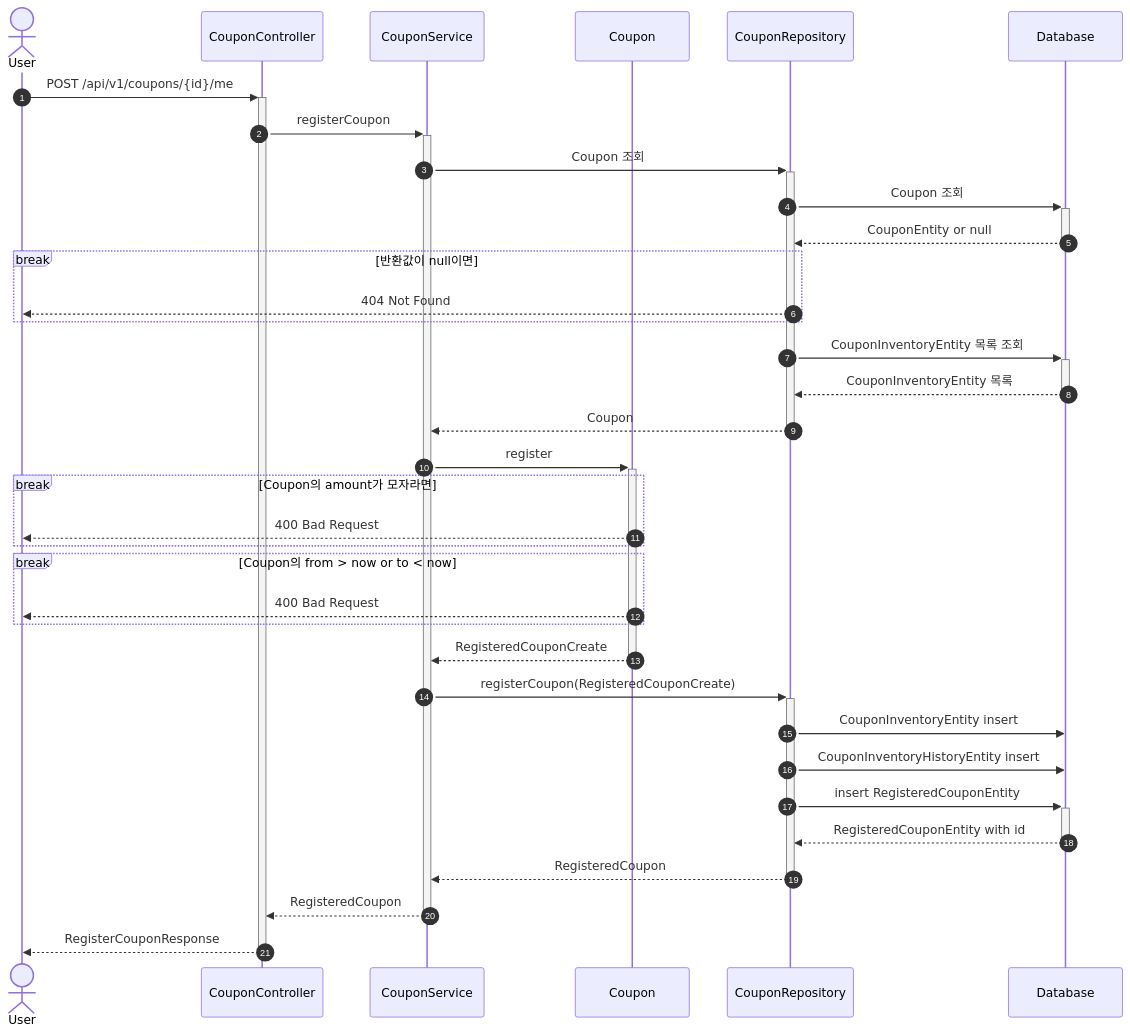
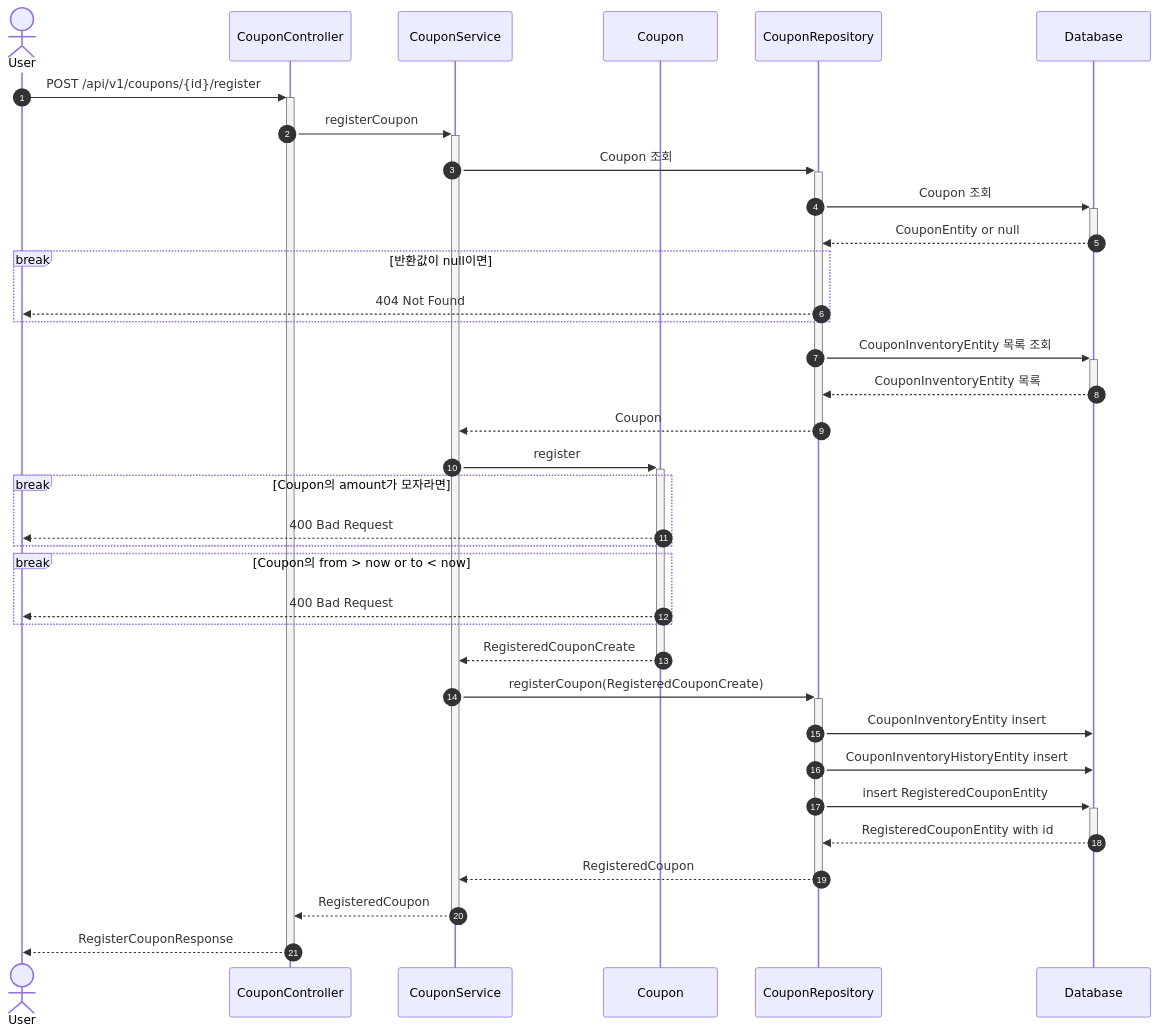
The first of 3 diagrams in docs/sequence/coupon/readme.md (jsween5723/commerce), drawn with Mermaid before and after one commit. The commit also changed other lines of this file and 3 other files, not shown here.

Commit message:
docs(sequence): 각 시퀀스 설명 추가

````diff
--- a/docs/sequence/coupon/readme.md
+++ b/docs/sequence/coupon/readme.md
@@ -9,37 +12,37 @@
 ```mermaid
 sequenceDiagram
     autonumber
     actor User
     participant CouponController
     participant CouponService
     participant Coupon
     participant CouponRepository
     participant Database
-    User ->>+ CouponController: POST /api/v1/coupons/{id}/me
+    User ->>+ CouponController: POST /api/v1/coupons/{id}/register
     CouponController ->>+ CouponService: registerCoupon
     CouponService ->>+ CouponRepository: Coupon 조회
     CouponRepository ->>+ Database: Coupon 조회
     Database -->>- CouponRepository: CouponEntity or null
     break 반환값이 null이면
         CouponRepository -->> User: 404 Not Found
     end
     CouponRepository ->>+ Database: CouponInventoryEntity 목록 조회
     Database -->>- CouponRepository: CouponInventoryEntity 목록
     CouponRepository -->>- CouponService: Coupon
     CouponService ->>+ Coupon: register
     break Coupon의 amount가 모자라면
         Coupon -->> User: 400 Bad Request
     end
     break Coupon의 from > now or to < now
         Coupon -->> User: 400 Bad Request
     end
     Coupon -->>- CouponService: RegisteredCouponCreate
     CouponService ->>+ CouponRepository: registerCoupon(RegisteredCouponCreate)
     CouponRepository ->> Database: CouponInventoryEntity insert
     CouponRepository ->> Database: CouponInventoryHistoryEntity insert
     CouponRepository ->>+ Database: insert RegisteredCouponEntity
     Database -->>- CouponRepository: RegisteredCouponEntity with id
     CouponRepository -->>- CouponService: RegisteredCoupon
     CouponService -->>- CouponController: RegisteredCoupon
     CouponController -->>- User: RegisterCouponResponse
 ```
````
